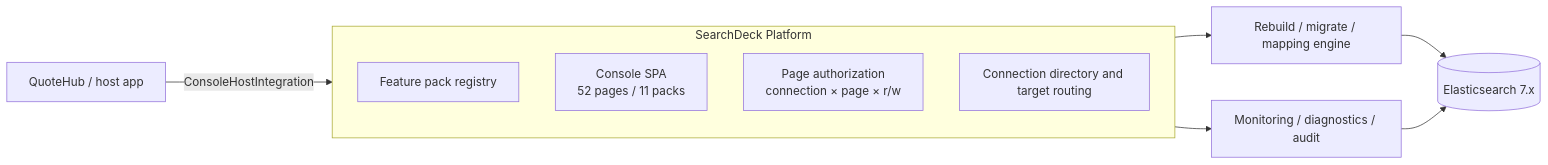
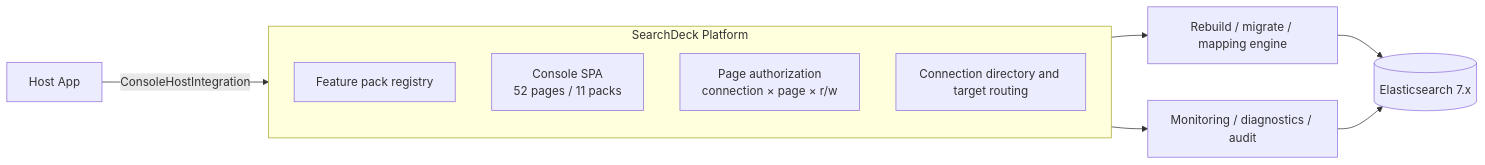
The diagram in README_EN.md (dengmeiluan/es-rebuild-spring-boot-starter), drawn with Mermaid before and after one commit. The commit also changed other lines of this file and 1635 other files, not shown here.

````diff
--- a/README_EN.md
+++ b/README_EN.md
@@ -267,16 +278,16 @@
 ```mermaid
 flowchart LR
-  Host["QuoteHub / host app"] -->|ConsoleHostIntegration| Platform
+  Host["Host App"] -->|ConsoleHostIntegration| Platform
 
   subgraph Platform["SearchDeck Platform"]
     Packs["Feature pack registry"]
     UI["Console SPA<br/>52 pages / 11 packs"]
     Auth["Page authorization<br/>connection × page × r/w"]
     Conn["Connection directory and target routing"]
   end
 
   Platform --> Engine["Rebuild / migrate / mapping engine"]
   Platform --> Observability["Monitoring / diagnostics / audit"]
   Engine --> ES[("Elasticsearch 7.x")]
   Observability --> ES
 ```
````
